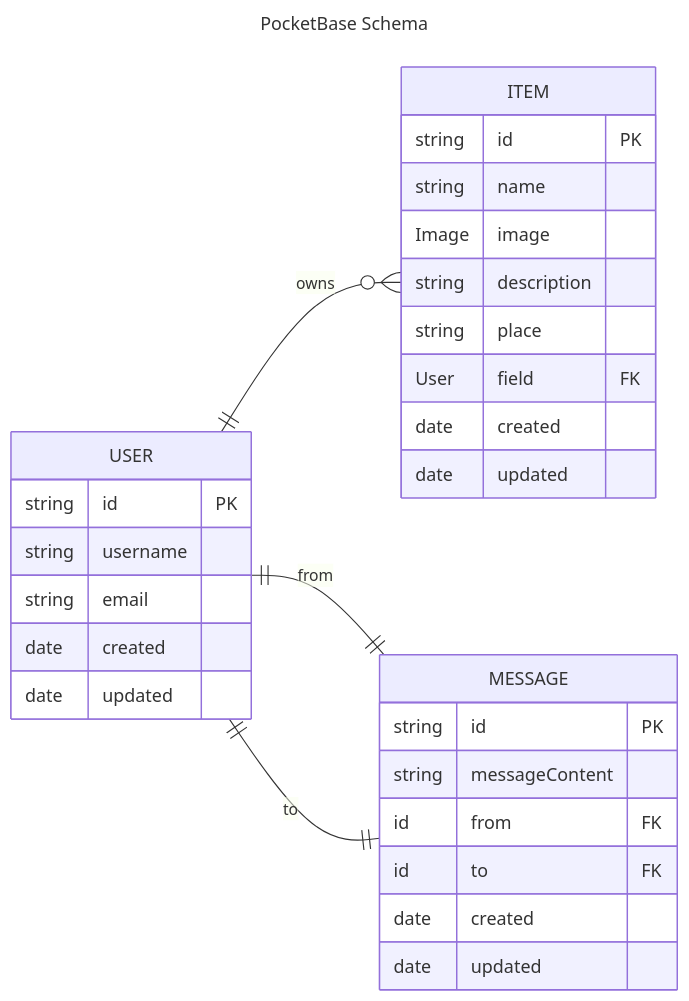
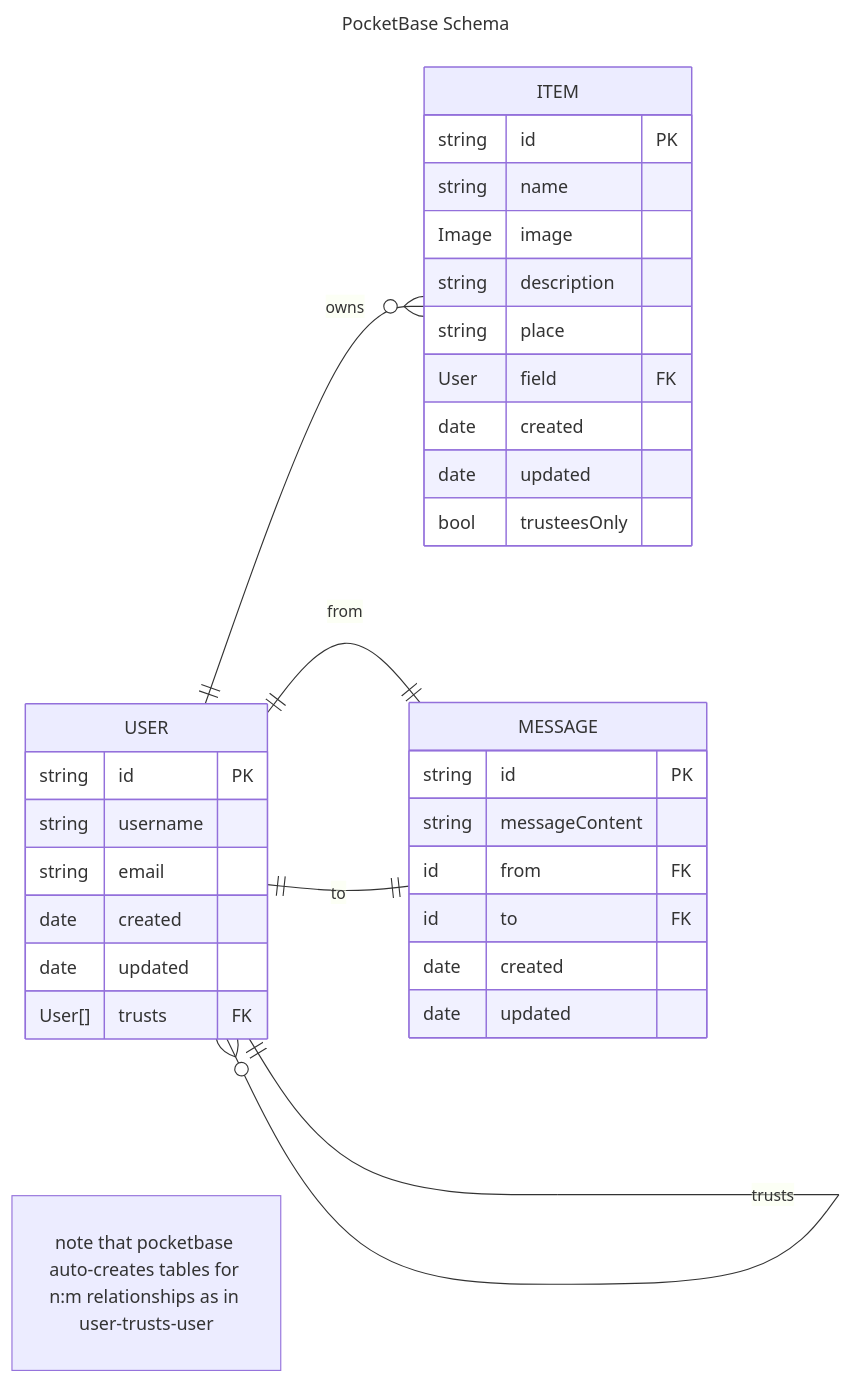
One commit to share-open-sharing-infrastructure/share-mvp changed the diagram in docs/data-model.md. Above: the diagram before and after it, drawn with Mermaid. The commit also changed 10 other files, not shown here.

````diff
--- a/docs/data-model.md
+++ b/docs/data-model.md
@@ -7,40 +7,44 @@
 ```mermaid
 ---
 title: PocketBase Schema
 ---
 erDiagram
     direction LR
     USER{
         string id PK
         string username
         string email
         date created
         date updated
+        User[] trusts FK
     }
+    USER 1 to zero or more USER: "trusts"
+    "note that pocketbase auto-creates tables for n:m relationships as in user-trusts-user"
 
     ITEM{
         string id PK
         string name
         Image image
         string description
         string place
         User field FK
         date created
         date updated
+        bool trusteesOnly
     }
 
     USER 1 to zero or more ITEM: owns
 
     MESSAGE{
         string id PK
         string messageContent
         id from FK
         id to FK
         date created
         date updated
     }
 
     USER 1 to 1 MESSAGE: "from"
     USER 1 to 1 MESSAGE: "to"
 
 ```
````
